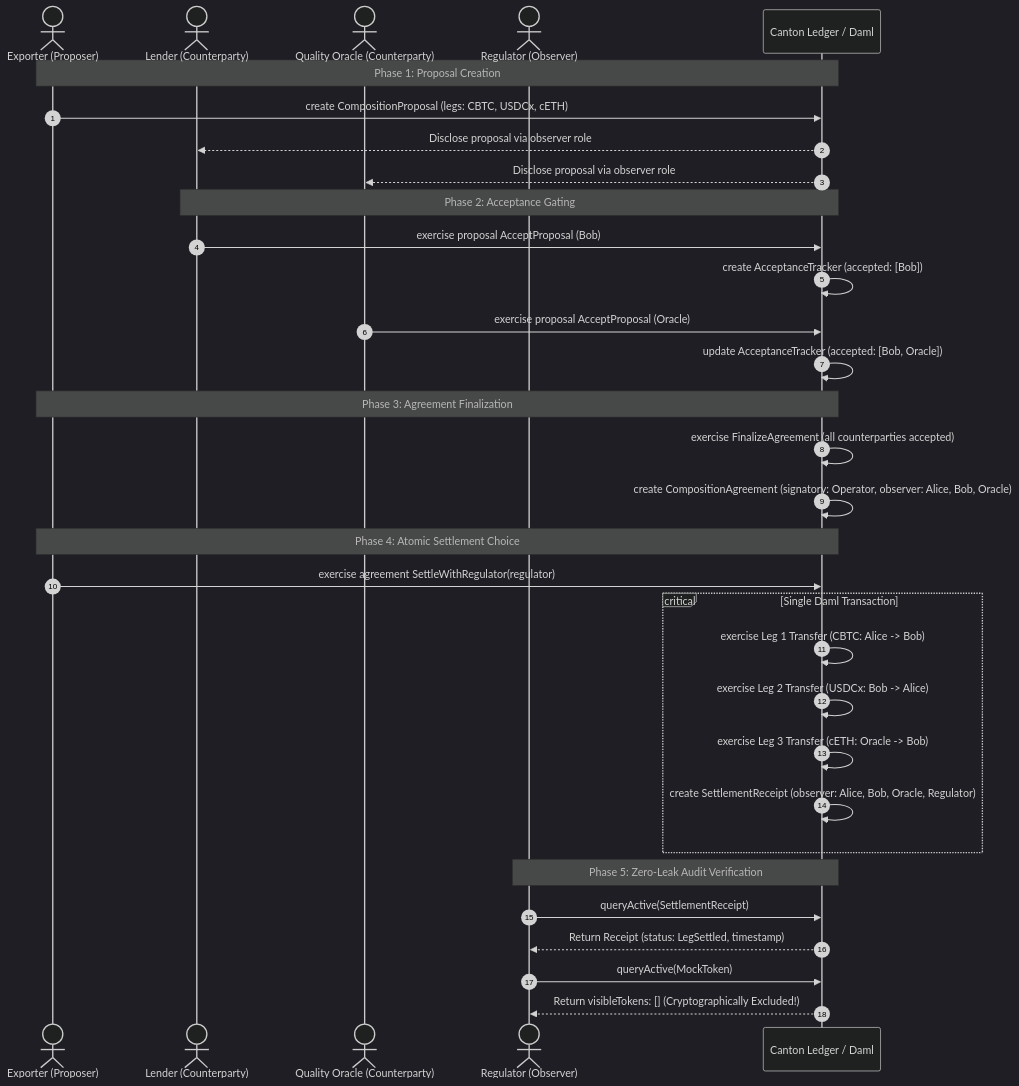
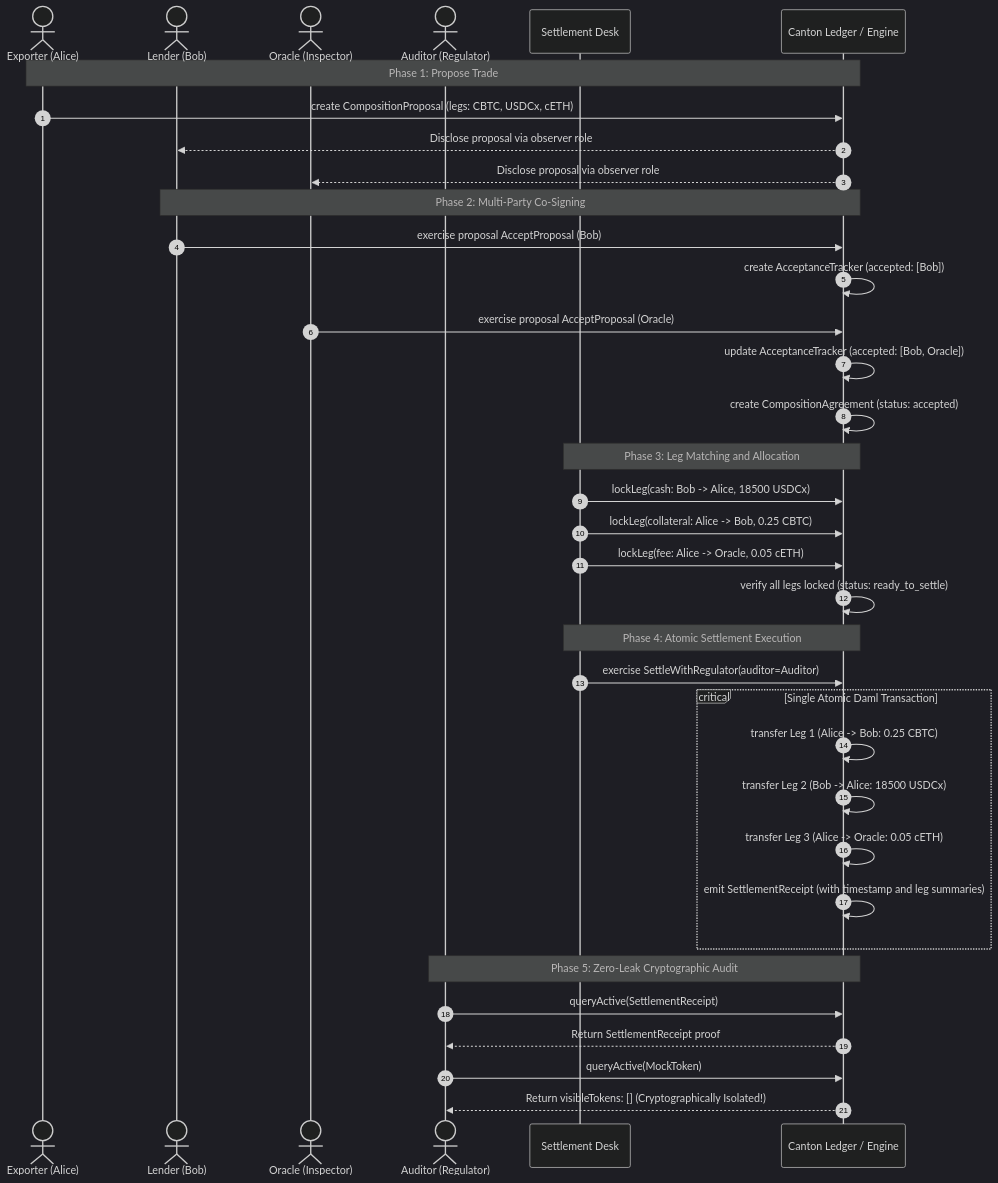
One commit to BikkoFarms/Composition-Protocol changed the third of 10 diagrams in docs/ARCHITECTURE.md. Above: the diagram before and after it, drawn with Mermaid (dark theme). The commit also changed other lines of this file and 2 other files, not shown here.

Commit message:
fix(demo,navbar,docs): retain active/settled trades across refresh, update navbar ledger label, and expand architectural specification

````diff
--- a/docs/ARCHITECTURE.md
+++ b/docs/ARCHITECTURE.md
@@ -70,39 +114,43 @@
 ```mermaid
 sequenceDiagram
     autonumber
-    actor Alice as Exporter (Proposer)
-    actor Bob as Lender (Counterparty)
-    actor Oracle as Quality Oracle (Counterparty)
-    actor Regulator as Regulator (Observer)
-    participant Ledger as Canton Ledger / Daml
+    actor Alice as Exporter (Alice)
+    actor Bob as Lender (Bob)
+    actor Oracle as Oracle (Inspector)
+    actor Auditor as Auditor (Regulator)
+    participant Desk as Settlement Desk
+    participant Ledger as Canton Ledger / Engine
 
-    Note over Alice,Ledger: Phase 1: Proposal Creation
+    Note over Alice,Ledger: Phase 1: Propose Trade
     Alice->>Ledger: create CompositionProposal (legs: CBTC, USDCx, cETH)
     Ledger-->>Bob: Disclose proposal via observer role
     Ledger-->>Oracle: Disclose proposal via observer role
 
-    Note over Bob,Ledger: Phase 2: Acceptance Gating
+    Note over Bob,Ledger: Phase 2: Multi-Party Co-Signing
     Bob->>Ledger: exercise proposal AcceptProposal (Bob)
     Ledger->>Ledger: create AcceptanceTracker (accepted: [Bob])
     Oracle->>Ledger: exercise proposal AcceptProposal (Oracle)
     Ledger->>Ledger: update AcceptanceTracker (accepted: [Bob, Oracle])
-    
-    Note over Alice,Ledger: Phase 3: Agreement Finalization
-    Ledger->>Ledger: exercise FinalizeAgreement (all counterparties accepted)
-    Ledger->>Ledger: create CompositionAgreement (signatory: Operator, observer: Alice, Bob, Oracle)
+    Ledger->>Ledger: create CompositionAgreement (status: accepted)
 
-    Note over Alice,Ledger: Phase 4: Atomic Settlement Choice
-    Alice->>Ledger: exercise agreement SettleWithRegulator(regulator)
-    critical Single Daml Transaction
-        Ledger->>Ledger: exercise Leg 1 Transfer (CBTC: Alice -> Bob)
-        Ledger->>Ledger: exercise Leg 2 Transfer (USDCx: Bob -> Alice)
-        Ledger->>Ledger: exercise Leg 3 Transfer (cETH: Oracle -> Bob)
-        Ledger->>Ledger: create SettlementReceipt (observer: Alice, Bob, Oracle, Regulator)
+    Note over Desk,Ledger: Phase 3: Leg Matching and Allocation
+    Desk->>Ledger: lockLeg(cash: Bob -> Alice, 18500 USDCx)
+    Desk->>Ledger: lockLeg(collateral: Alice -> Bob, 0.25 CBTC)
+    Desk->>Ledger: lockLeg(fee: Alice -> Oracle, 0.05 cETH)
+    Ledger->>Ledger: verify all legs locked (status: ready_to_settle)
+
+    Note over Desk,Ledger: Phase 4: Atomic Settlement Execution
+    Desk->>Ledger: exercise SettleWithRegulator(auditor=Auditor)
+    critical Single Atomic Daml Transaction
+        Ledger->>Ledger: transfer Leg 1 (Alice -> Bob: 0.25 CBTC)
+        Ledger->>Ledger: transfer Leg 2 (Bob -> Alice: 18500 USDCx)
+        Ledger->>Ledger: transfer Leg 3 (Alice -> Oracle: 0.05 cETH)
+        Ledger->>Ledger: emit SettlementReceipt (with timestamp and leg summaries)
     end
 
-    Note over Regulator,Ledger: Phase 5: Zero-Leak Audit Verification
-    Regulator->>Ledger: queryActive(SettlementReceipt)
-    Ledger-->>Regulator: Return Receipt (status: LegSettled, timestamp)
-    Regulator->>Ledger: queryActive(MockToken)
-    Ledger-->>Regulator: Return visibleTokens: [] (Cryptographically Excluded!)
+    Note over Auditor,Ledger: Phase 5: Zero-Leak Cryptographic Audit
+    Auditor->>Ledger: queryActive(SettlementReceipt)
+    Ledger-->>Auditor: Return SettlementReceipt proof
+    Auditor->>Ledger: queryActive(MockToken)
+    Ledger-->>Auditor: Return visibleTokens: [] (Cryptographically Isolated!)
 ```
````
